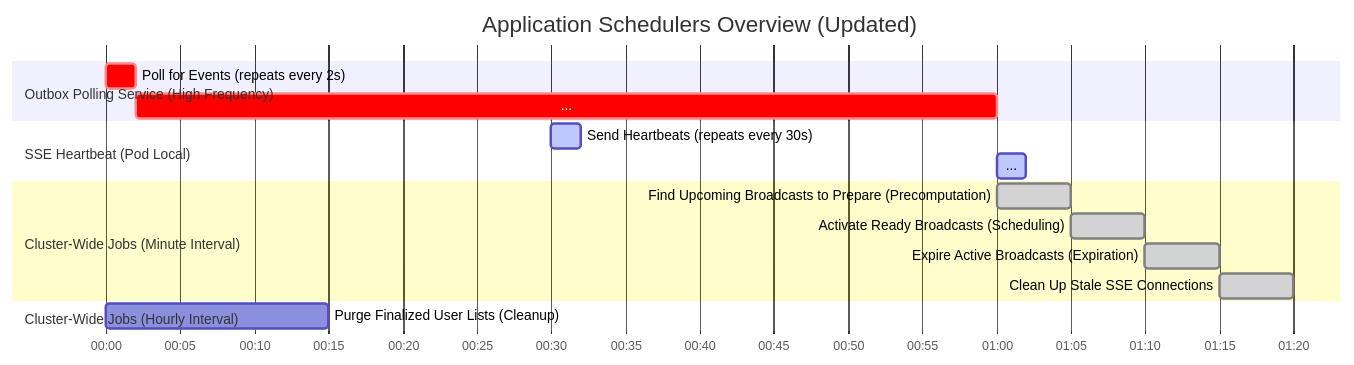
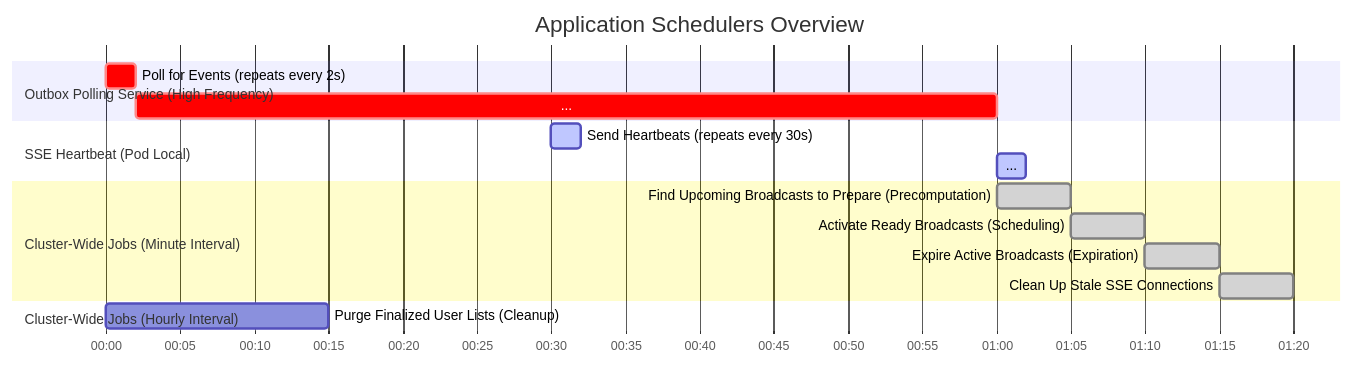
One commit to rsrini7/Notification-SSE-GLM-Flux changed the diagram in MermaidDiagrams/gantt-schedulers.mmd. Above: the diagram before and after it, drawn with Mermaid. The commit also changed 1 other file, not shown here.

Commit message:
docs(MermaidDiagrams): update diagram titles and refine flow descriptions
- Simplify gantt chart title by removing redundant "(Updated)"
- Improve clarity in complex flow diagram by:
  - Renumbering steps for consistency
  - Adding conditional database update paths
  - Making event descriptions more precise

```diff
--- a/MermaidDiagrams/gantt-schedulers.mmd
+++ b/MermaidDiagrams/gantt-schedulers.mmd
@@ -1,21 +1,21 @@
 gantt
-    title Application Schedulers Overview (Updated)
+    title Application Schedulers Overview
     dateFormat  HH:mm:ss
     axisFormat  %M:%S
 
     section Outbox Polling Service (High Frequency)
     Poll for Events (repeats every 2s) :crit, 00:00:00, 2s
     ...                            :crit, 00:00:02, 58s
 
     section SSE Heartbeat (Pod Local)
     Send Heartbeats (repeats every 30s) :active, 00:00:30, 2s
     ...                                 :active, 00:01:00, 2s
 
     section Cluster-Wide Jobs (Minute Interval)
     Find Upcoming Broadcasts to Prepare (Precomputation)  :done, 00:01:00, 5s
     Activate Ready Broadcasts (Scheduling)                :done, 00:01:05, 5s
     Expire Active Broadcasts (Expiration)                 :done, 00:01:10, 5s
     Clean Up Stale SSE Connections                        :done, 00:01:15, 5s
 
     section Cluster-Wide Jobs (Hourly Interval)
     Purge Finalized User Lists (Cleanup)                  : 00:00:00, 15s
```
